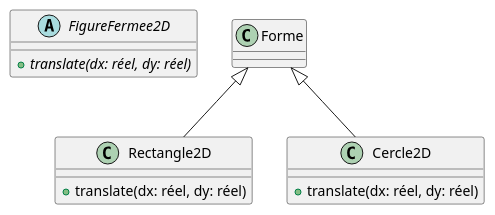
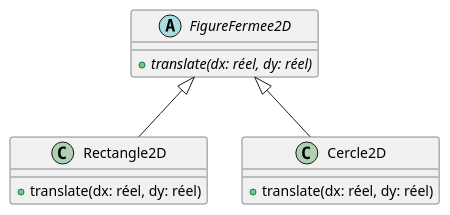
One commit to hal91190/refcard-java changed the sixth of 6 diagrams in src/docs/asciidoc/inheritance.adoc. Above: the diagram before and after it, drawn with PlantUML. The commit also changed other lines of this file, not shown here.

```diff
--- a/src/docs/asciidoc/inheritance.adoc
+++ b/src/docs/asciidoc/inheritance.adoc
@@ -331,17 +338,17 @@
 [plantuml,hierarchie_heritage,png]
 ....
 abstract class FigureFermee2D {
     + {abstract} translate(dx: réel, dy: réel)
 }
 
 class Rectangle2D {
     +translate(dx: réel, dy: réel)
 }
 
 class Cercle2D {
     +translate(dx: réel, dy: réel)
 }
 
-Forme <|-- Cercle2D
-Forme <|-- Rectangle2D
+FigureFermee2D <|-- Cercle2D
+FigureFermee2D <|-- Rectangle2D
 ....
```
